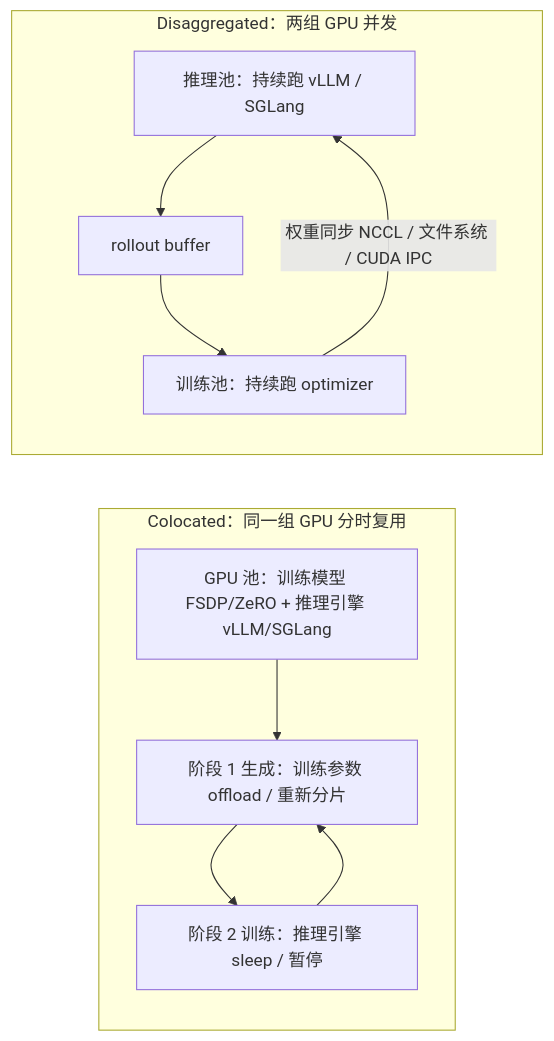
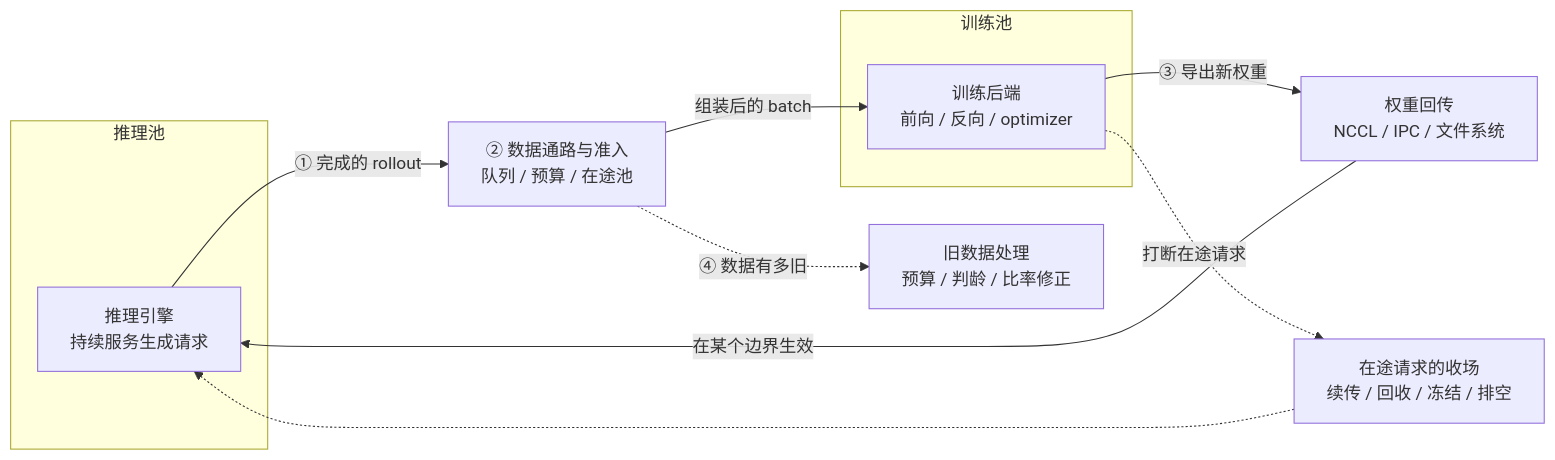
Before and after one commit to PraMamba/Awesome-ML-SYS-Tutorial: the first of 2 diagrams in rlhf/async-rl-training-landscape/readme.md, drawn with Mermaid. The commit also changed other lines of this file and 2 other files, not shown here.

````diff
--- a/rlhf/async-rl-training-landscape/readme.md
+++ b/rlhf/async-rl-training-landscape/readme.md
@@ -273,17 +78,16 @@
 ```mermaid
 graph LR
-    subgraph COL["Colocated：同一组 GPU 分时复用"]
-        direction TB
-        A1["GPU 池：训练模型 FSDP/ZeRO + 推理引擎 vLLM/SGLang"]
-        A1 --> A2["阶段 1 生成：训练参数 offload / 重新分片"]
-        A2 --> A3["阶段 2 训练：推理引擎 sleep / 暂停"]
-        A3 --> A2
+    subgraph GEN["推理池"]
+        G1["推理引擎<br/>持续服务生成请求"]
     end
-    subgraph DIS["Disaggregated：两组 GPU 并发"]
-        direction TB
-        B1["推理池：持续跑 vLLM / SGLang"]
-        B1 --> B2["rollout buffer"]
-        B2 --> B3["训练池：持续跑 optimizer"]
-        B3 -->|"权重同步 NCCL / 文件系统 / CUDA IPC"| B1
+    subgraph TRN["训练池"]
+        T1["训练后端<br/>前向 / 反向 / optimizer"]
     end
+    G1 -->|"① 完成的 rollout"| BUF["② 数据通路与准入<br/>队列 / 预算 / 在途池"]
+    BUF -->|"组装后的 batch"| T1
+    T1 -->|"③ 导出新权重"| SYNC["权重回传<br/>NCCL / IPC / 文件系统"]
+    SYNC -->|"在某个边界生效"| G1
+    BUF -.->|"④ 数据有多旧"| STALE["旧数据处理<br/>预算 / 判龄 / 比率修正"]
+    T1 -.->|"打断在途请求"| INFLIGHT["在途请求的收场<br/>续传 / 回收 / 冻结 / 排空"]
+    INFLIGHT -.-> G1
 ```
````
